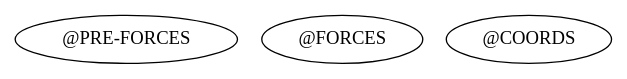
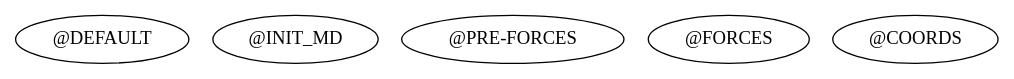
Before and after one commit to MolSSI-MDI/MDI_lammps: the diagram in report/graphs/node-report.gv, drawn with Graphviz. The commit also changed 2 other files, not shown here.

Commit message:
Improve node graph

```diff
--- a/report/graphs/node-report.gv
+++ b/report/graphs/node-report.gv
@@ -1,6 +1,8 @@
 // Node Report
 digraph {
+	"@DEFAULT" [label="@DEFAULT"]
+	"@INIT_MD" [label="@INIT_MD"]
 	"@PRE-FORCES" [label="@PRE-FORCES"]
 	"@FORCES" [label="@FORCES"]
 	"@COORDS" [label="@COORDS"]
 }
```
